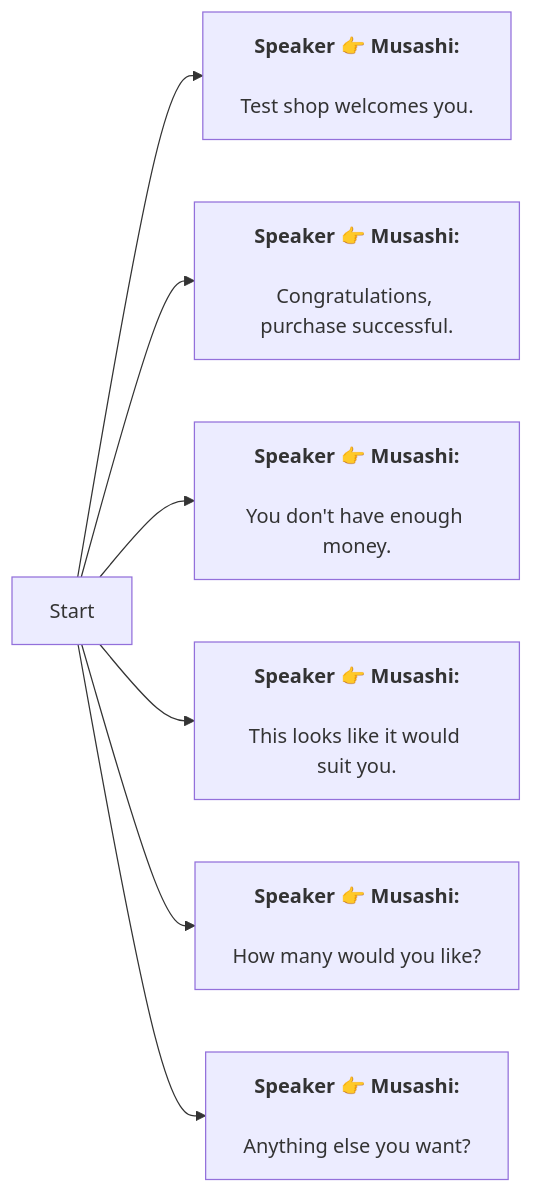
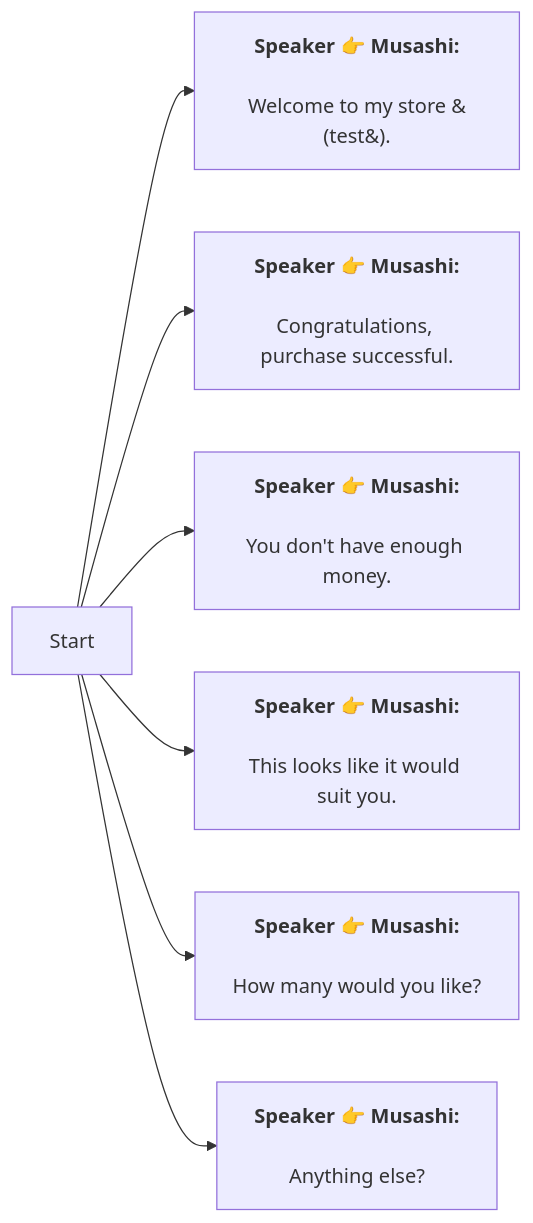
The diagram in En/TestShop.md (SoftHu/tos_avg), drawn with Mermaid before and after one commit. The commit also changed 297 other files, not shown here.

````diff
--- a/En/TestShop.md
+++ b/En/TestShop.md
@@ -1,22 +1,22 @@
 ```mermaid
 graph LR
 Start -->1718969752577042[<b>Speaker 👉 Musashi:</b>
 
-Test shop welcomes you.]
+Welcome to my store &#40;test&#41;.]
 Start -->1718969752577044[<b>Speaker 👉 Musashi:</b>
 
 Congratulations, purchase successful.]
 Start -->1718969752577046[<b>Speaker 👉 Musashi:</b>
 
 You don't have enough money.]
 Start -->1726671454400627[<b>Speaker 👉 Musashi:</b>
 
 This looks like it would suit you.]
 Start -->1726671538580598[<b>Speaker 👉 Musashi:</b>
 
 How many would you like?]
 Start -->1726672484743283[<b>Speaker 👉 Musashi:</b>
 
-Anything else you want?]
+Anything else?]
 
  ```
````
